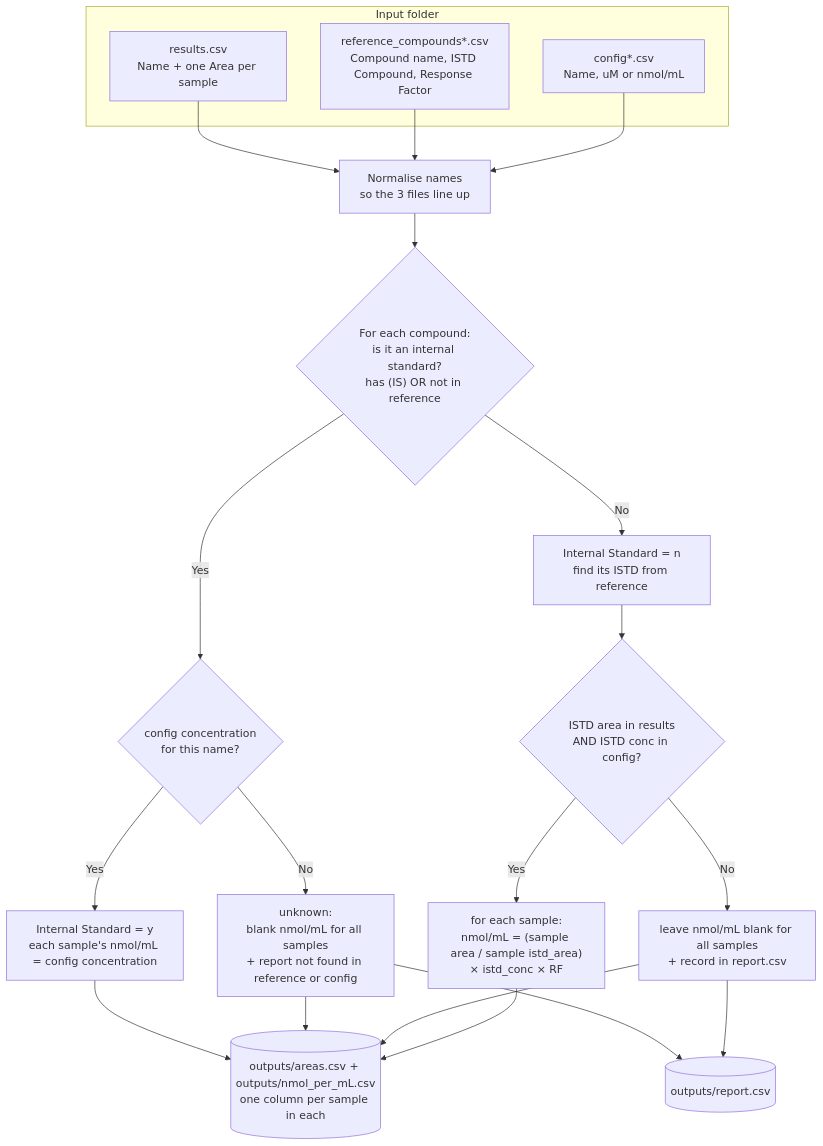
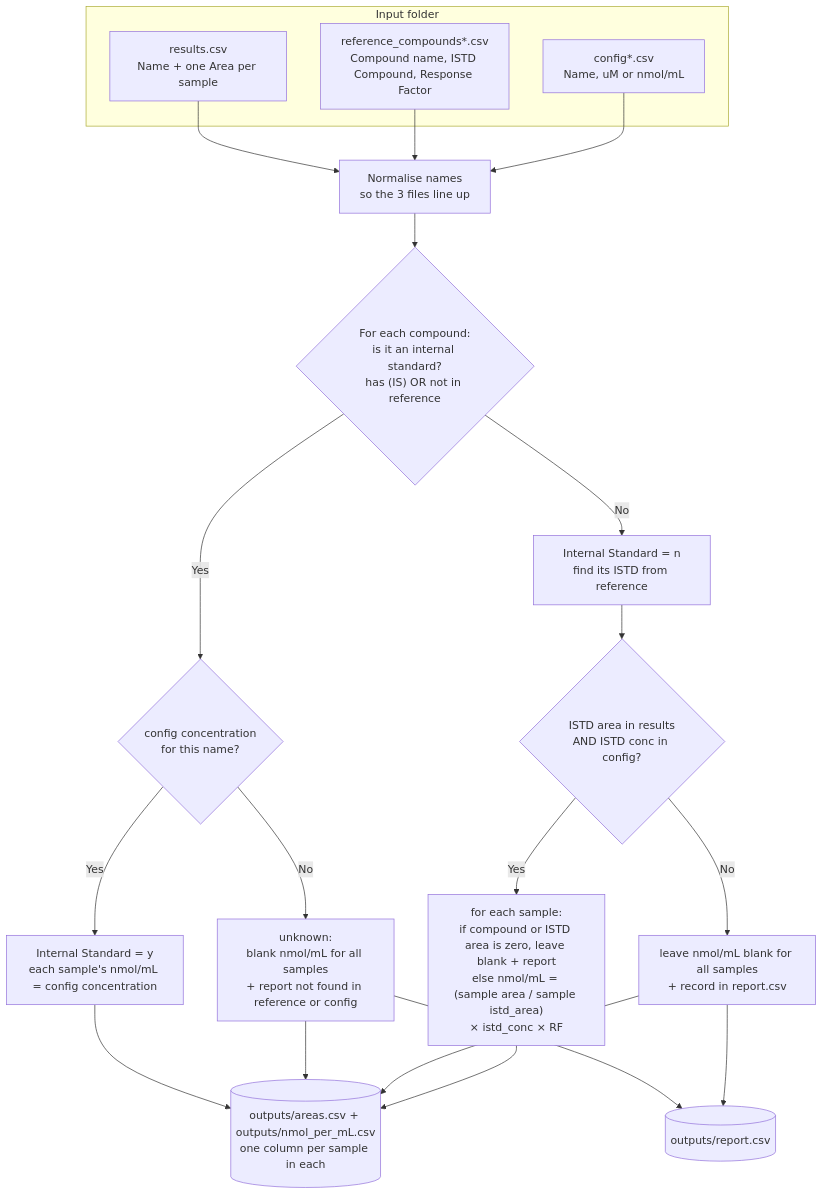
The diagram in README.md (Jack-Coutts/targeted_lipid_panel_calculator), drawn with Mermaid before and after one commit. The commit also changed other lines of this file and 5 other files, not shown here.

First line of the commit message:
Validate inputs and report zero-area values

````diff
--- a/README.md
+++ b/README.md
@@ -33,30 +33,30 @@
 ```mermaid
 flowchart TD
     subgraph IN[Input folder]
       A[results.csv<br/>Name + one Area per sample]
       B[reference_compounds*.csv<br/>Compound name, ISTD Compound, Response Factor]
       C[config*.csv<br/>Name, uM or nmol/mL]
     end
 
     A --> N[Normalise names<br/>so the 3 files line up]
     B --> N
     C --> N
     N --> R{"For each compound:<br/>is it an internal standard?<br/>has (IS) OR not in reference"}
 
     R -->|Yes| ISC{"config concentration<br/>for this name?"}
     R -->|No| CALC["Internal Standard = n<br/>find its ISTD from reference"]
 
     ISC -->|Yes| ISY["Internal Standard = y<br/>each sample's nmol/mL = config concentration"]
     ISC -->|No| UNK["unknown:<br/>blank nmol/mL for all samples<br/>+ report not found in reference or config"]
 
     CALC --> F{"ISTD area in results<br/>AND ISTD conc in config?"}
     F -->|No| SKIP["leave nmol/mL blank for all samples<br/>+ record in report.csv"]
-    F -->|Yes| FORMULA["for each sample:<br/>nmol/mL = (sample area / sample istd_area)<br/>× istd_conc × RF"]
+    F -->|Yes| FORMULA["for each sample:<br/>if compound or ISTD area is zero, leave blank + report<br/>else nmol/mL = (sample area / sample istd_area)<br/>× istd_conc × RF"]
 
     ISY --> OUT[("outputs/areas.csv + outputs/nmol_per_mL.csv<br/>one column per sample in each")]
     UNK --> OUT
     SKIP --> OUT
     FORMULA --> OUT
     UNK --> REP[(outputs/report.csv)]
     SKIP --> REP
 ```
````
